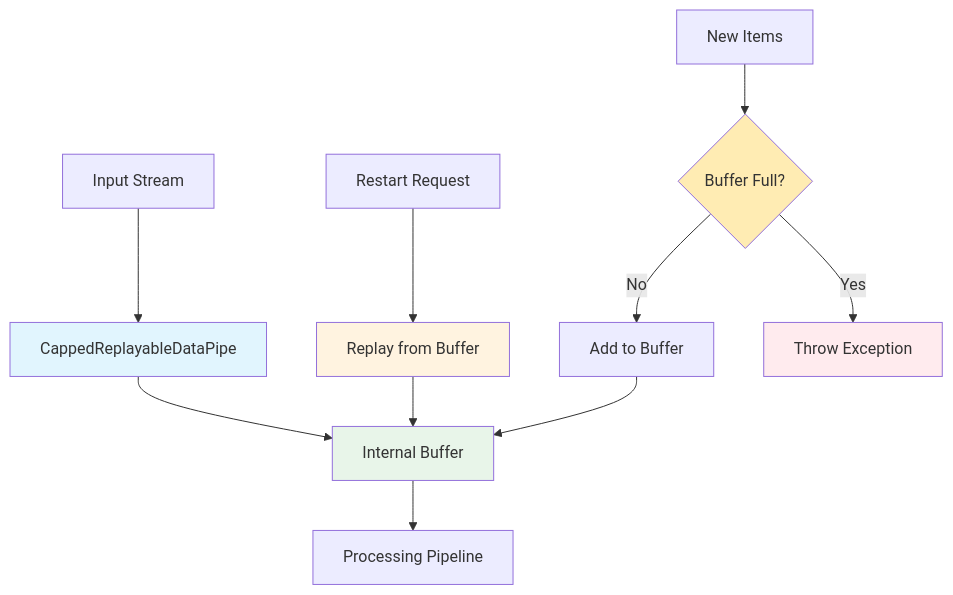
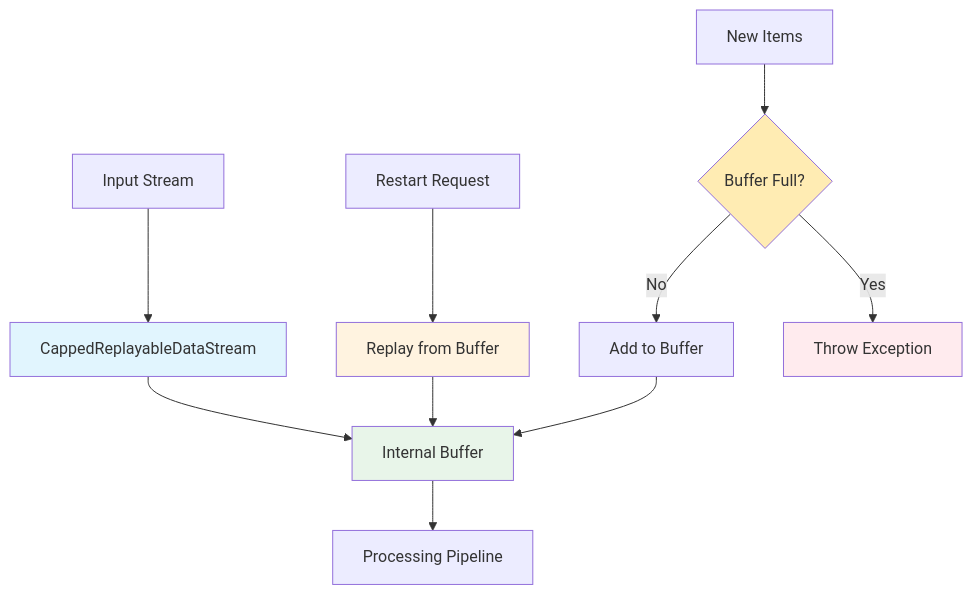
One commit to npipeline/NPipeline changed the second of 2 diagrams in docs/core-concepts/resilience/materialization.md. Above: the diagram before and after it, drawn with Mermaid. The commit also changed other lines of this file and 249 other files, not shown here.

````diff
--- a/docs/core-concepts/resilience/materialization.md
+++ b/docs/core-concepts/resilience/materialization.md
@@ -58,20 +58,20 @@
 ```mermaid
 graph TD
-    A[Input Stream] --> B[CappedReplayableDataPipe]
+    A[Input Stream] --> B[CappedReplayableDataStream]
     B --> C[Internal Buffer]
     C --> D[Processing Pipeline]
 
     E[Restart Request] --> F[Replay from Buffer]
     F --> C
 
     G[New Items] --> H{Buffer Full?}
     H -->|No| I[Add to Buffer]
     H -->|Yes| J[Throw Exception]
     I --> C
 
     style B fill:#e1f5fe
     style C fill:#e8f5e9
     style F fill:#fff3e0
     style H fill:#ffecb3
     style J fill:#ffebee
 ```
````
